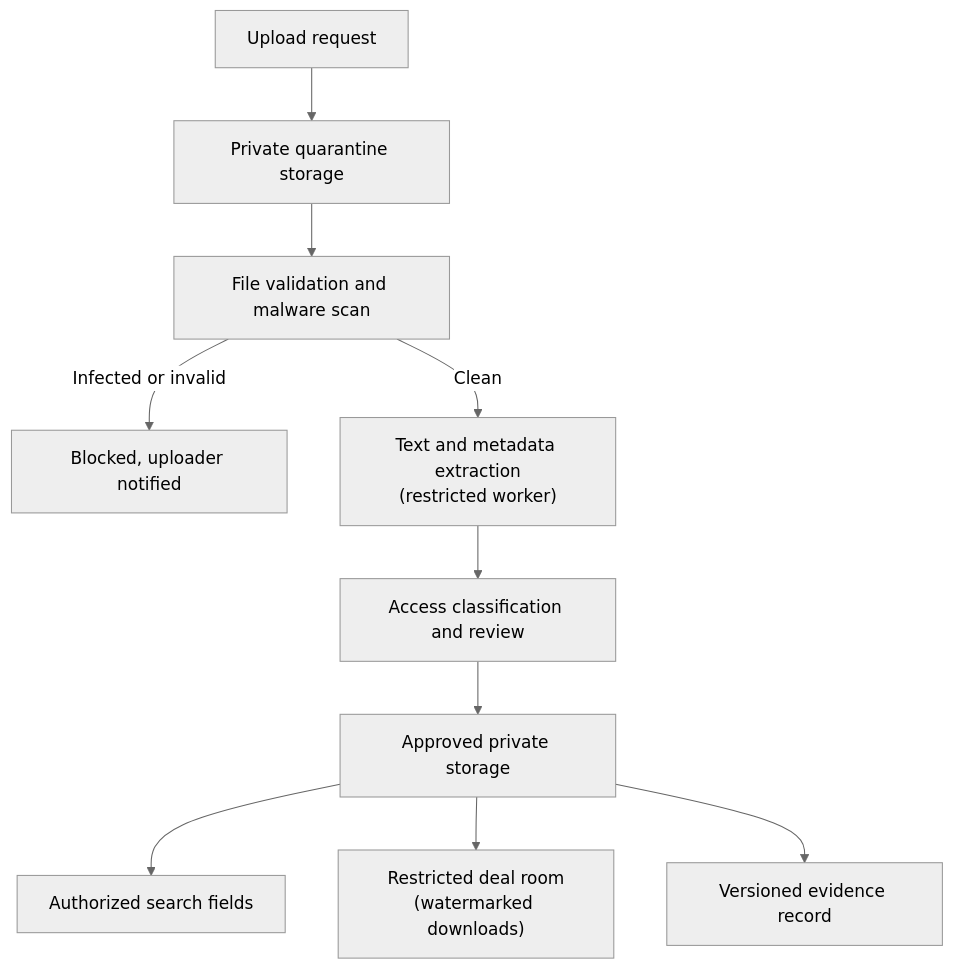
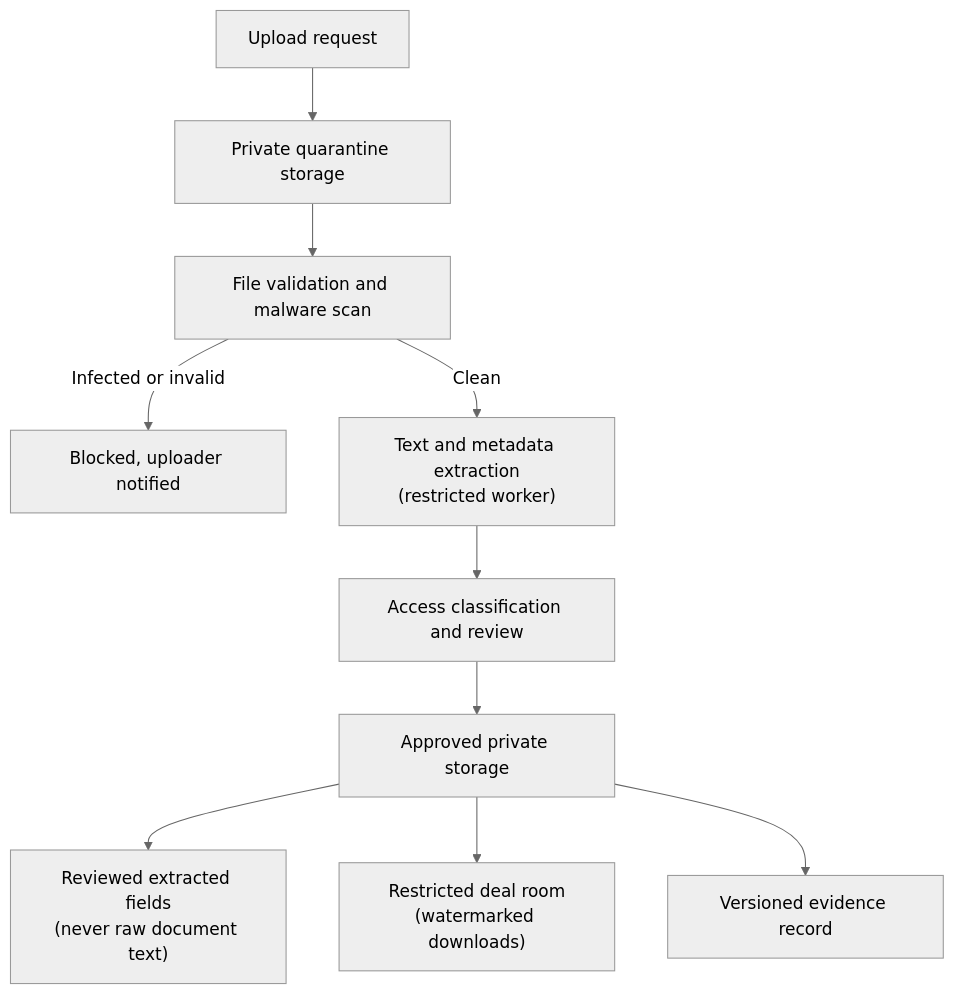
Diagram 18 of 21 in 05-system-design-blueprint.md (greensoft-atom/tex-platform), drawn with Mermaid (neutral theme) before and after one commit. The commit also changed other lines of this file and 615 other files, not shown here.

````diff
--- a/05-system-design-blueprint.md
+++ b/05-system-design-blueprint.md
@@ -1118,12 +1210,12 @@
 ```mermaid
 flowchart TD
     A["Upload request"] --> B["Private quarantine storage"]
     B --> C["File validation and malware scan"]
     C -->|"Infected or invalid"| X["Blocked, uploader notified"]
     C -->|"Clean"| D["Text and metadata extraction<br/>(restricted worker)"]
     D --> E["Access classification and review"]
     E --> F["Approved private storage"]
-    F --> G["Authorized search fields"]
+    F --> G["Reviewed extracted fields<br/>(never raw document text)"]
     F --> H["Restricted deal room<br/>(watermarked downloads)"]
     F --> I["Versioned evidence record"]
 ```
````
